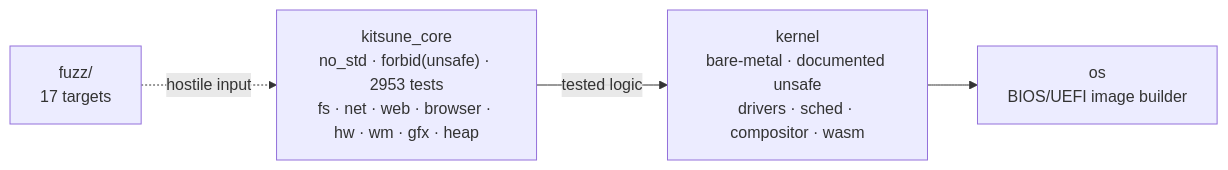
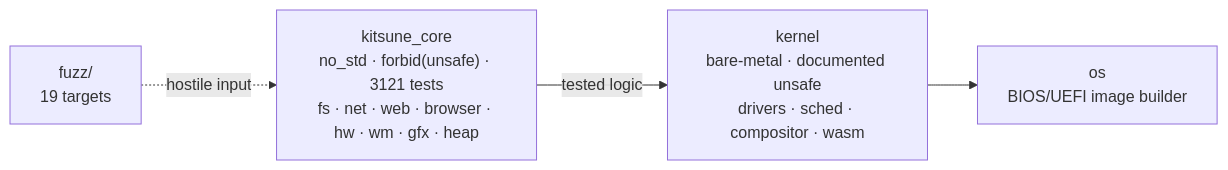
One commit to Jeffinp/Kitsune changed the diagram in README.en.md. Above: the diagram before and after it, drawn with Mermaid. The commit also changed other lines of this file and 8 other files, not shown here.

````diff
--- a/README.en.md
+++ b/README.en.md
@@ -144,9 +148,9 @@
 ```mermaid
 flowchart LR
-    CORE["kitsune_core<br/>no_std · forbid(unsafe) · 2953 tests<br/>fs · net · web · browser · hw · wm · gfx · heap"]
+    CORE["kitsune_core<br/>no_std · forbid(unsafe) · 3121 tests<br/>fs · net · web · browser · hw · wm · gfx · heap"]
     KERNEL["kernel<br/>bare-metal · documented unsafe<br/>drivers · sched · compositor · wasm"]
     OS["os<br/>BIOS/UEFI image builder"]
-    FUZZ["fuzz/<br/>17 targets"]
+    FUZZ["fuzz/<br/>19 targets"]
     CORE -->|tested logic| KERNEL --> OS
     FUZZ -.->|hostile input| CORE
 ```
````
